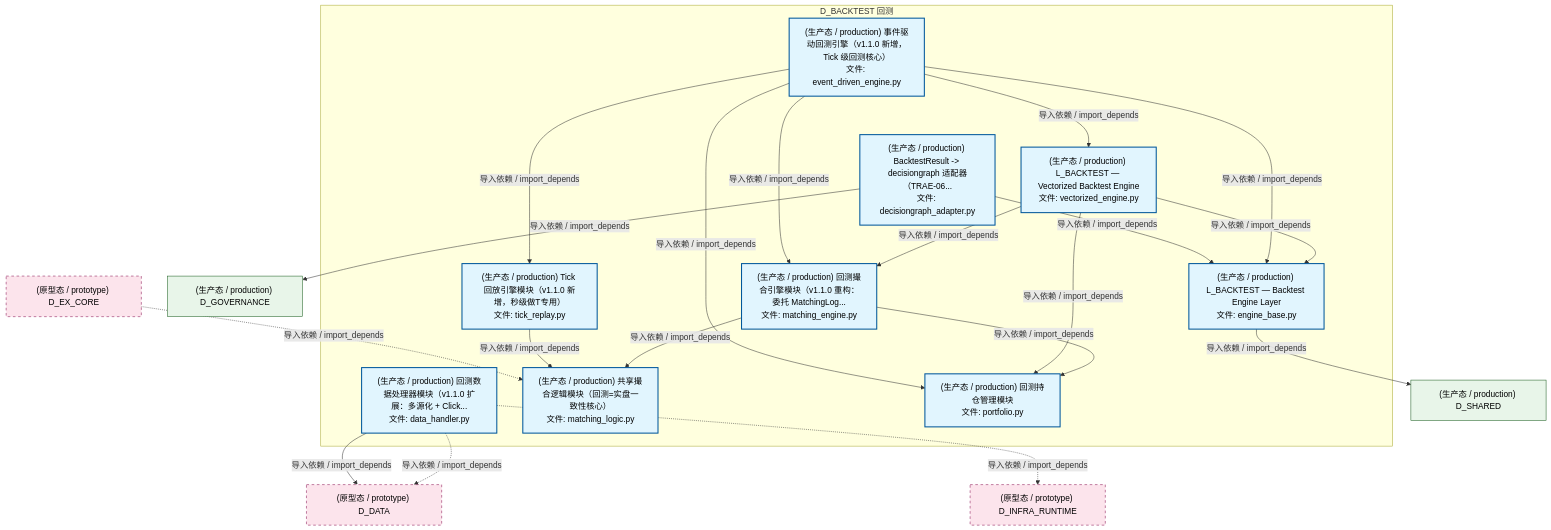
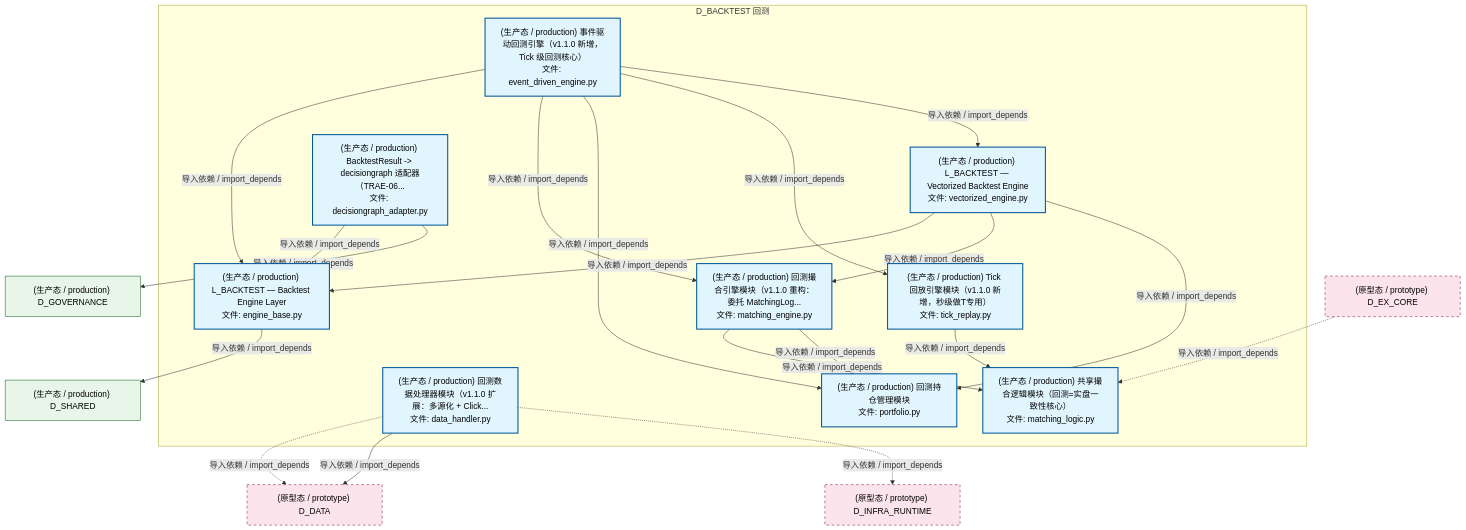
The second of 5 diagrams in docs/02_enterprise_architecture/02_domain_architecture_docs/30_d_backtest.md (xuanFelixVan/ZephyrAlpha), drawn with Mermaid before and after one commit. The commit also changed other lines of this file and 125 other files, not shown here.

````diff
--- a/docs/02_enterprise_architecture/02_domain_architecture_docs/30_d_backtest.md
+++ b/docs/02_enterprise_architecture/02_domain_architecture_docs/30_d_backtest.md
@@ -182,44 +182,44 @@
 ```mermaid
 graph TD
     subgraph D_BACKTEST["D_BACKTEST 回测"]
         src_zephyr_backtest_core_data_handler_py["(生产态 / production) 回测数据处理器模块（v1.1.0 扩展：多源化 + Click...<br/>文件: data_handler.py"]
         src_zephyr_backtest_core_engine_base_py["(生产态 / production) L_BACKTEST — Backtest Engine Layer<br/>文件: engine_base.py"]
         src_zephyr_backtest_core_matching_engine_py["(生产态 / production) 回测撮合引擎模块（v1.1.0 重构：委托 MatchingLog...<br/>文件: matching_engine.py"]
         src_zephyr_backtest_core_matching_logic_py["(生产态 / production) 共享撮合逻辑模块（回测=实盘一致性核心）<br/>文件: matching_logic.py"]
         src_zephyr_backtest_core_portfolio_py["(生产态 / production) 回测持仓管理模块<br/>文件: portfolio.py"]
         src_zephyr_backtest_core_tick_replay_py["(生产态 / production) Tick 回放引擎模块（v1.1.0 新增，秒级做T专用）<br/>文件: tick_replay.py"]
         src_zephyr_backtest_implementations_event_driven_engine_py["(生产态 / production) 事件驱动回测引擎（v1.1.0 新增，Tick 级回测核心）<br/>文件: event_driven_engine.py"]
         src_zephyr_backtest_implementations_vectorized_engine_py["(生产态 / production) L_BACKTEST — Vectorized Backtest Engine<br/>文件: vectorized_engine.py"]
         src_zephyr_backtest_io_decisiongraph_adapter_py["(生产态 / production) BacktestResult -> decisiongraph 适配器（TRAE-06...<br/>文件: decisiongraph_adapter.py"]
     end
     src_zephyr_backtest_core_matching_engine_py -->|导入依赖 / import_depends| src_zephyr_backtest_core_matching_logic_py
     src_zephyr_backtest_core_matching_engine_py -->|导入依赖 / import_depends| src_zephyr_backtest_core_portfolio_py
-    src_zephyr_backtest_core_tick_replay_py -->|导入依赖 / import_depends| src_zephyr_backtest_core_matching_logic_py
-    src_zephyr_backtest_implementations_vectorized_engine_py -->|导入依赖 / import_depends| src_zephyr_backtest_core_engine_base_py
-    src_zephyr_backtest_implementations_vectorized_engine_py -->|导入依赖 / import_depends| src_zephyr_backtest_core_matching_engine_py
-    src_zephyr_backtest_implementations_vectorized_engine_py -->|导入依赖 / import_depends| src_zephyr_backtest_core_portfolio_py
     src_zephyr_backtest_implementations_event_driven_engine_py -->|导入依赖 / import_depends| src_zephyr_backtest_core_engine_base_py
     src_zephyr_backtest_implementations_event_driven_engine_py -->|导入依赖 / import_depends| src_zephyr_backtest_core_matching_engine_py
     src_zephyr_backtest_implementations_event_driven_engine_py -->|导入依赖 / import_depends| src_zephyr_backtest_core_portfolio_py
     src_zephyr_backtest_implementations_event_driven_engine_py -->|导入依赖 / import_depends| src_zephyr_backtest_core_tick_replay_py
     src_zephyr_backtest_implementations_event_driven_engine_py -->|导入依赖 / import_depends| src_zephyr_backtest_implementations_vectorized_engine_py
+    src_zephyr_backtest_core_tick_replay_py -->|导入依赖 / import_depends| src_zephyr_backtest_core_matching_logic_py
     src_zephyr_backtest_io_decisiongraph_adapter_py -->|导入依赖 / import_depends| src_zephyr_backtest_core_engine_base_py
+    src_zephyr_backtest_implementations_vectorized_engine_py -->|导入依赖 / import_depends| src_zephyr_backtest_core_engine_base_py
+    src_zephyr_backtest_implementations_vectorized_engine_py -->|导入依赖 / import_depends| src_zephyr_backtest_core_matching_engine_py
+    src_zephyr_backtest_implementations_vectorized_engine_py -->|导入依赖 / import_depends| src_zephyr_backtest_core_portfolio_py
+    D_SHARED["(生产态 / production) D_SHARED"]
+    src_zephyr_backtest_core_engine_base_py -->|导入依赖 / import_depends| D_SHARED
     D_DATA["(原型态 / prototype) D_DATA"]
     src_zephyr_backtest_core_data_handler_py -.->|导入依赖 / import_depends| D_DATA
     src_zephyr_backtest_core_data_handler_py -->|导入依赖 / import_depends| D_DATA
     D_INFRA_RUNTIME["(原型态 / prototype) D_INFRA_RUNTIME"]
     src_zephyr_backtest_core_data_handler_py -.->|导入依赖 / import_depends| D_INFRA_RUNTIME
-    D_SHARED["(生产态 / production) D_SHARED"]
-    src_zephyr_backtest_core_engine_base_py -->|导入依赖 / import_depends| D_SHARED
     D_GOVERNANCE["(生产态 / production) D_GOVERNANCE"]
     src_zephyr_backtest_io_decisiongraph_adapter_py -->|导入依赖 / import_depends| D_GOVERNANCE
     D_EX_CORE["(原型态 / prototype) D_EX_CORE"]
     D_EX_CORE -.->|导入依赖 / import_depends| src_zephyr_backtest_core_matching_logic_py
     classDef production fill:#e1f5fe,stroke:#01579b,stroke-width:2px,color:#000
     classDef design fill:#fff3e0,stroke:#e65100,stroke-width:2px,color:#000,stroke-dasharray: 5 5
     classDef external_prod fill:#e8f5e9,stroke:#1b5e20,stroke-width:1px,color:#000
     classDef external_design fill:#fce4ec,stroke:#880e4f,stroke-width:1px,color:#000,stroke-dasharray: 5 5
     class src_zephyr_backtest_core_data_handler_py,src_zephyr_backtest_core_engine_base_py,src_zephyr_backtest_core_matching_engine_py,src_zephyr_backtest_core_matching_logic_py,src_zephyr_backtest_core_portfolio_py,src_zephyr_backtest_core_tick_replay_py,src_zephyr_backtest_implementations_event_driven_engine_py,src_zephyr_backtest_implementations_vectorized_engine_py,src_zephyr_backtest_io_decisiongraph_adapter_py production
     class D_SHARED,D_GOVERNANCE external_prod
     class D_DATA,D_INFRA_RUNTIME,D_EX_CORE external_design
 ```
````
